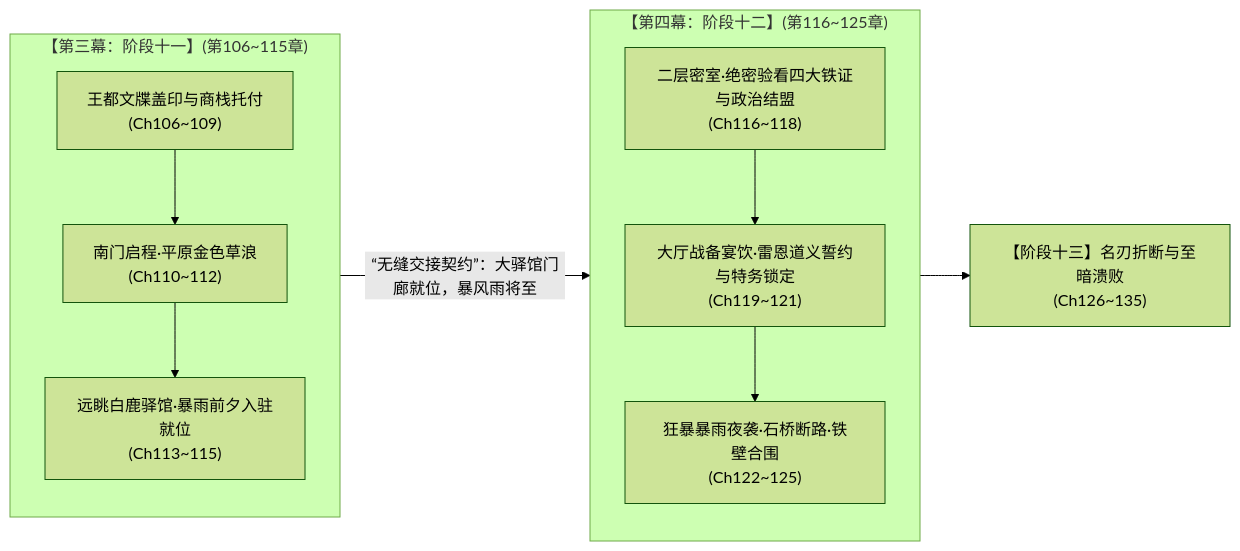
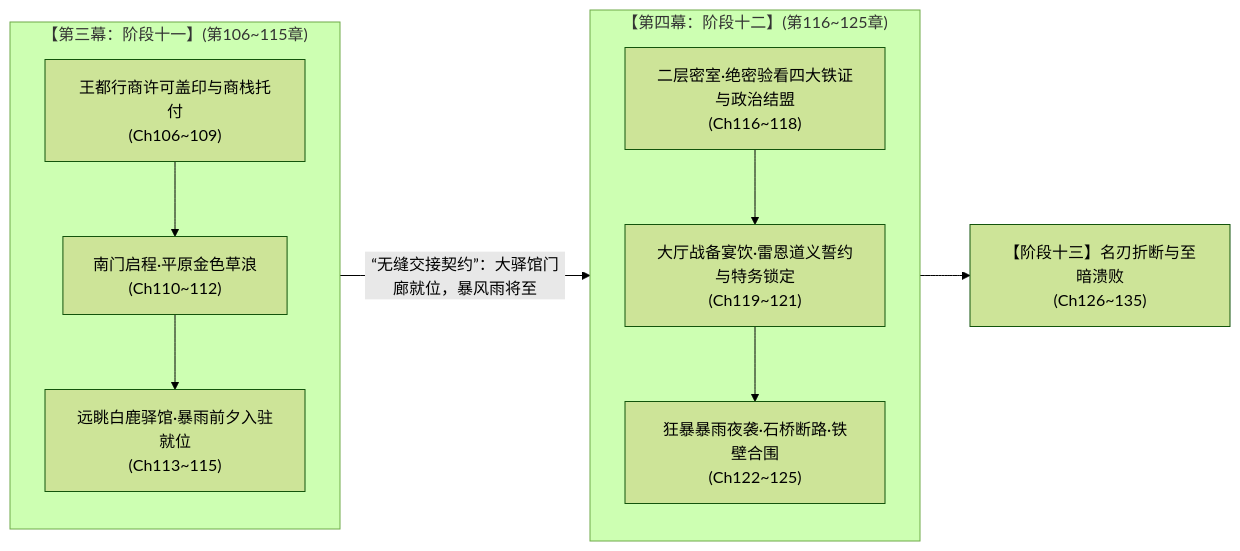
The diagram in 方案/第二部/已执行/临时方案_02_第三幕与第四幕接口重叠消解方案.md (soranokiseki1437/eldoria-worldbook), drawn with Mermaid (forest theme) before and after one commit. The commit also changed other lines of this file and 157 other files, not shown here.

````diff
--- a/方案/第二部/已执行/临时方案_02_第三幕与第四幕接口重叠消解方案.md
+++ b/方案/第二部/已执行/临时方案_02_第三幕与第四幕接口重叠消解方案.md
@@ -28,15 +28,15 @@
 ```mermaid
 flowchart LR
     subgraph Act3 ["【第三幕：阶段十一】(第106~115章)"]
-        A1["王都文牒盖印与商栈托付<br>(Ch106~109)"] --> A2["南门启程·平原金色草浪<br>(Ch110~112)"]
+        A1["王都行商许可盖印与商栈托付<br>(Ch106~109)"] --> A2["南门启程·平原金色草浪<br>(Ch110~112)"]
         A2 --> A3["远眺白鹿驿馆·暴雨前夕入驻就位<br>(Ch113~115)"]
     end
 
     subgraph Act4 ["【第四幕：阶段十二】(第116~125章)"]
         B1["二层密室·绝密验看四大铁证与政治结盟<br>(Ch116~118)"] --> B2["大厅战备宴饮·雷恩道义誓约与特务锁定<br>(Ch119~121)"]
         B2 --> B3["狂暴暴雨夜袭·石桥断路·铁壁合围<br>(Ch122~125)"]
     end
 
     Act3 -->|“无缝交接契约”：大驿馆门廊就位，暴风雨将至| Act4
     Act4 --> C["【阶段十三】名刃折断与至暗溃败<br>(Ch126~135)"]
 ```
````
